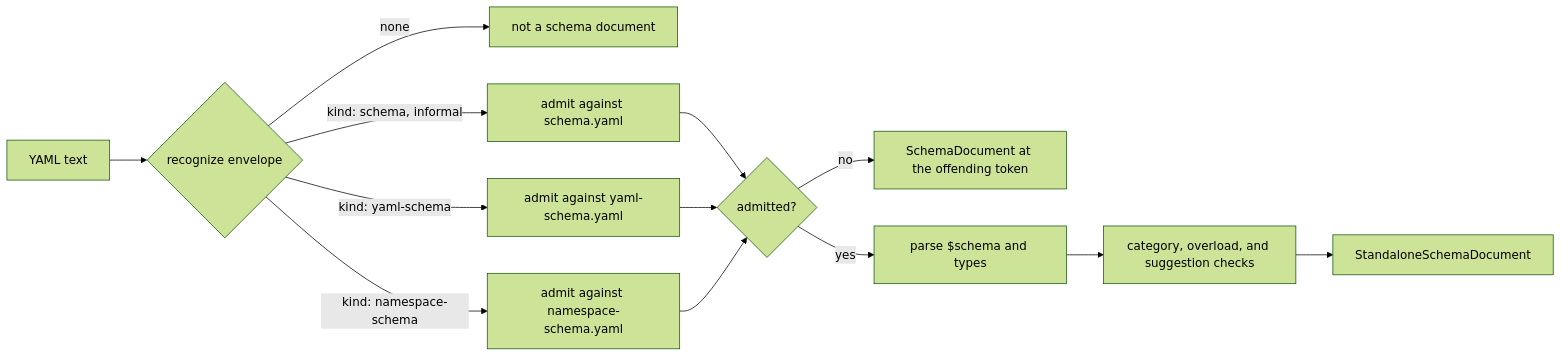
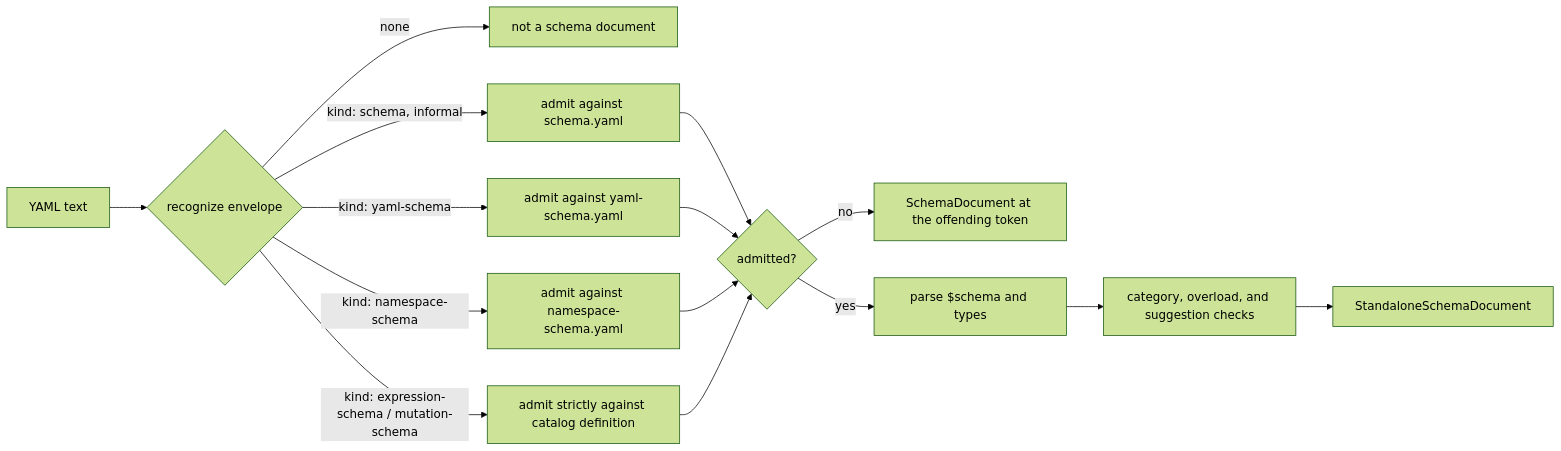
One commit to yankeeinlondon/rusty-biscuit changed the third of 3 diagrams in simplified-schema/docs/topics/language/schema-documents.md. Above: the diagram before and after it, drawn with Mermaid (forest theme). The commit also changed other lines of this file and 4 other files, not shown here.

First line of the commit message:
docs(simplified-schema): document callable catalog kinds

````diff
--- a/simplified-schema/docs/topics/language/schema-documents.md
+++ b/simplified-schema/docs/topics/language/schema-documents.md
@@ -729,15 +735,17 @@
 ```mermaid
 flowchart LR
     T[YAML text] --> R{recognize envelope}
     R -->|none| N[not a schema document]
     R -->|"kind: schema, informal"| S[admit against schema.yaml]
     R -->|"kind: yaml-schema"| Y[admit against yaml-schema.yaml]
     R -->|"kind: namespace-schema"| NS[admit against namespace-schema.yaml]
+    R -->|"kind: expression-schema / mutation-schema"| CC[admit strictly against catalog definition]
     S --> A{admitted?}
     Y --> A
     NS --> A
+    CC --> A
     A -->|no| E[SchemaDocument at the offending token]
     A -->|yes| P[parse $schema and types]
     P --> C[category, overload, and suggestion checks]
     C --> D[StandaloneSchemaDocument]
 ```
````
